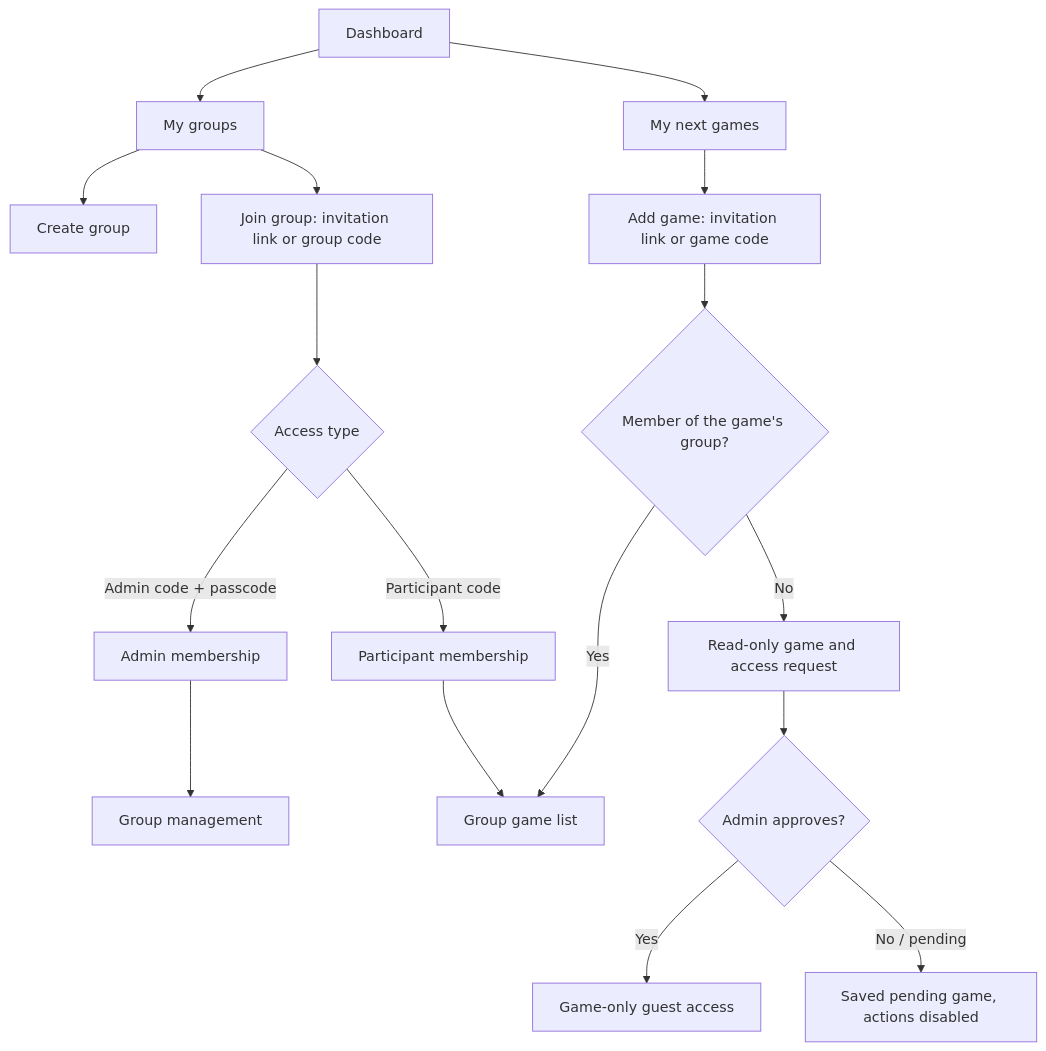
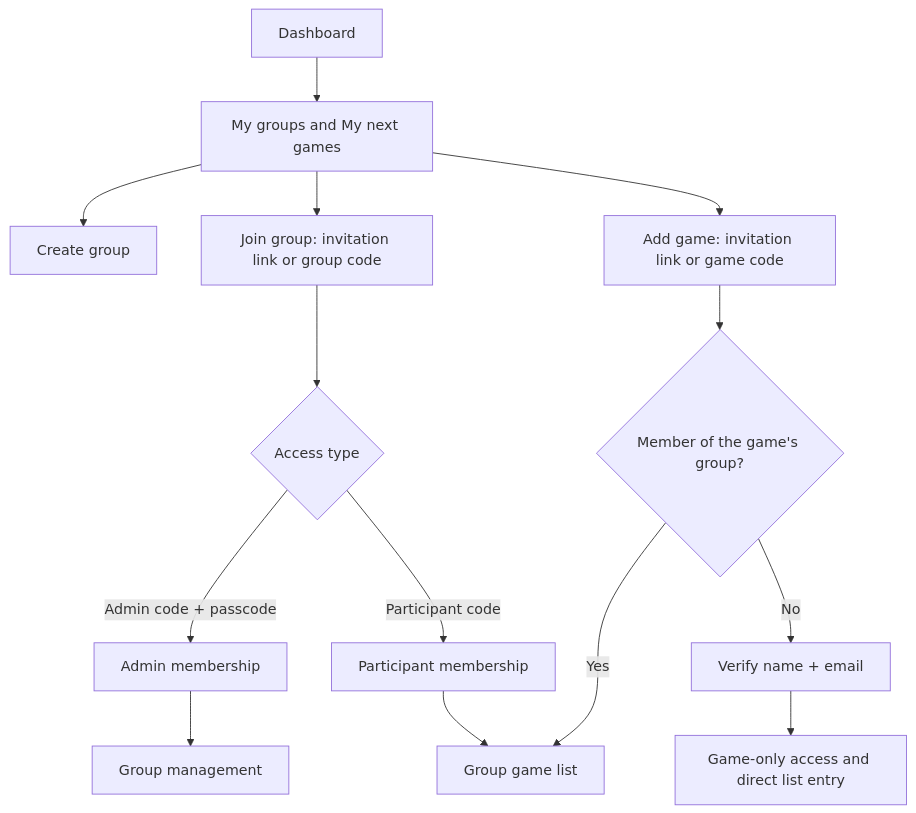
The second of 3 diagrams in docs/app-flow.md (eduardoccmelo/PlayUp), drawn with Mermaid before and after one commit. The commit also changed other lines of this file and 15 other files, not shown here.

````diff
--- a/docs/app-flow.md
+++ b/docs/app-flow.md
@@ -22,19 +22,16 @@
 ```mermaid
 flowchart TD
-  A[Dashboard] --> B[My groups]
-  A --> C[My next games]
+  A[Dashboard] --> B[My groups and My next games]
   B --> D[Create group]
   B --> E[Join group: invitation link or group code]
   E --> F{Access type}
   F -- Admin code + passcode --> G[Admin membership]
   F -- Participant code --> H[Participant membership]
   G --> I[Group management]
   H --> J[Group game list]
-  C --> K[Add game: invitation link or game code]
+  B --> K[Add game: invitation link or game code]
   K --> L{Member of the game's group?}
   L -- Yes --> J
-  L -- No --> M[Read-only game and access request]
-  M --> N{Admin approves?}
-  N -- Yes --> O[Game-only guest access]
-  N -- No / pending --> P[Saved pending game, actions disabled]
+  L -- No --> M[Verify name + email]
+  M --> O[Game-only access and direct list entry]
 ```
````
